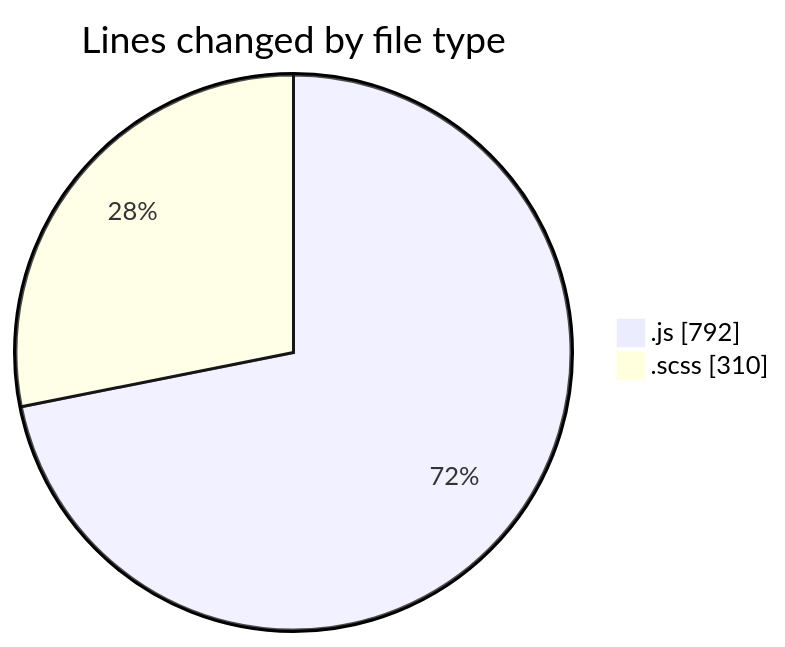
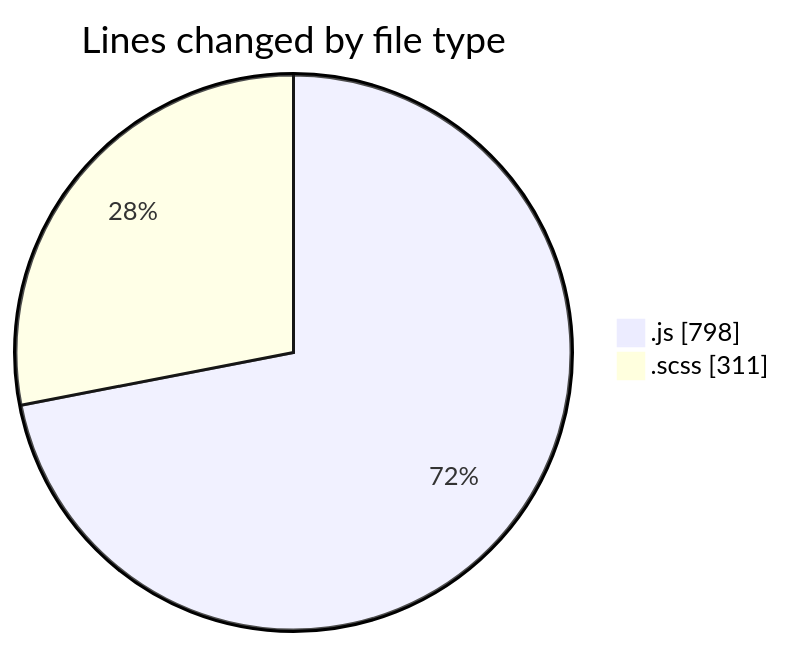
The first of 2 diagrams in 2026-01-05/cda/README.md (momahboobian/code-tracking), drawn with Mermaid before and after one commit. The commit also changed other lines of this file and 1 other file, not shown here.

````diff
--- a/2026-01-05/cda/README.md
+++ b/2026-01-05/cda/README.md
@@ -26,6 +26,6 @@
 ```mermaid
 pie showData
 title Lines changed by file type
-".js" : 792
-".scss" : 310
+".js" : 798
+".scss" : 311
 ```
````
